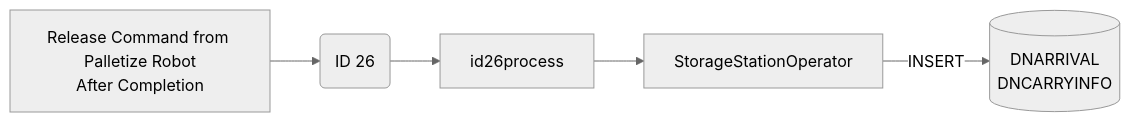
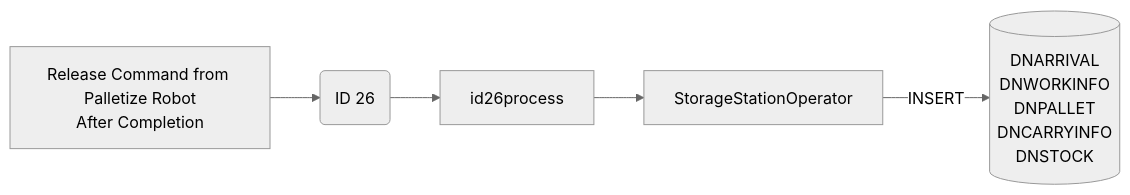
The second of 23 diagrams in Basic-Design/DFD-WMS/Storage/Palletizing-Settting/Palletize-Start.md (luthfiadityaa/SimeDarby-Wiki), drawn with Mermaid (neutral theme) before and after one commit.

Commit message:
Updated Palletize Start

```diff
--- a/Basic-Design/DFD-WMS/Storage/Palletizing-Settting/Palletize-Start.md
+++ b/Basic-Design/DFD-WMS/Storage/Palletizing-Settting/Palletize-Start.md
@@ -117,22 +117,25 @@
 ::: mermaid
 flowchart LR
 
 releaseCommand["
 Release Command from Palletize Robot
 After Completion 
 "]
 
 id26msg("
 ID 26
 ")
 
 id26-insert[("
-DNARRIVAL
-DNCARRYINFO
+   DNARRIVAL
+   DNWORKINFO
+   DNPALLET
+   DNCARRYINFO
+   DNSTOCK		
 ")]
 
 storageStationOperator[StorageStationOperator]
 
 releaseCommand-->id26msg-->id26process-->storageStationOperator
 storageStationOperator--> |INSERT| id26-insert
 :::
```
